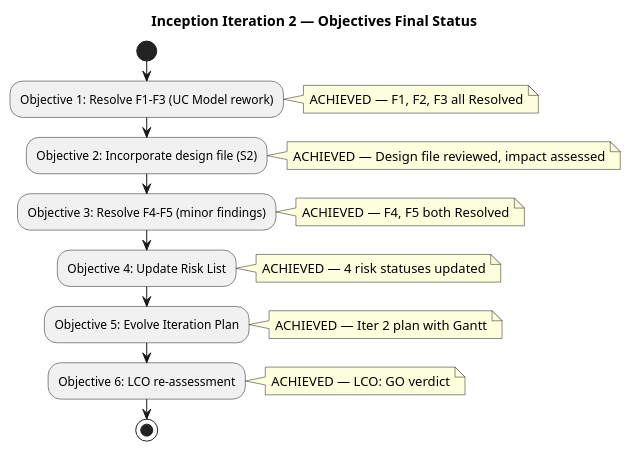
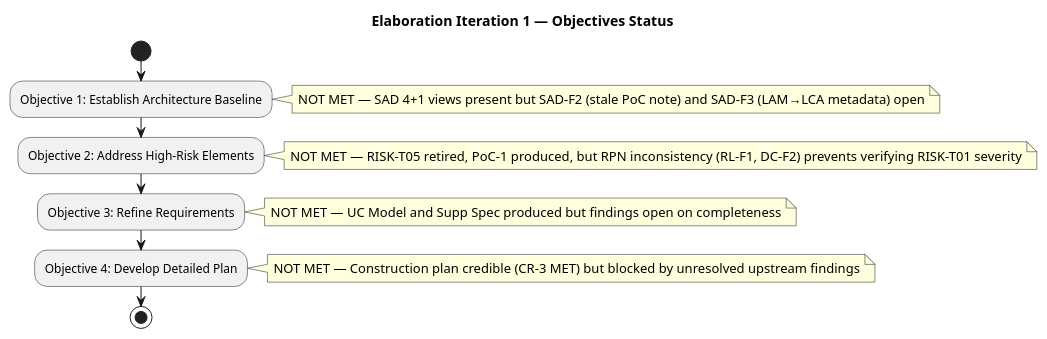
Before and after one commit to banense-test/demo-janke-lab: the first of 5 diagrams in docs/artifacts/project-management/iteration-assessment.md, drawn with PlantUML. The commit also changed other lines of this file, not shown here.

First line of the commit message:
Project Manager [E1]: upsert Iteration Assessment

````diff
--- a/docs/artifacts/project-management/iteration-assessment.md
+++ b/docs/artifacts/project-management/iteration-assessment.md
@@ -21,20 +21,17 @@
 ```plantuml
 @startuml
-title Inception Iteration 2 — Objectives Final Status
+title Elaboration Iteration 1 — Objectives Status
 
 start
-:Objective 1: Resolve F1-F3 (UC Model rework);
-note right: ACHIEVED — F1, F2, F3 all Resolved
-:Objective 2: Incorporate design file (S2);
-note right: ACHIEVED — Design file reviewed, impact assessed
-:Objective 3: Resolve F4-F5 (minor findings);
-note right: ACHIEVED — F4, F5 both Resolved
-:Objective 4: Update Risk List;
-note right: ACHIEVED — 4 risk statuses updated
-:Objective 5: Evolve Iteration Plan;
-note right: ACHIEVED — Iter 2 plan with Gantt
-:Objective 6: LCO re-assessment;
-note right: ACHIEVED — LCO: GO verdict
+:Objective 1: Establish Architecture Baseline;
+note right: NOT MET — SAD 4+1 views present but SAD-F2 (stale PoC note) and SAD-F3 (LAM→LCA metadata) open
+:Objective 2: Address High-Risk Elements;
+note right: NOT MET — RISK-T05 retired, PoC-1 produced, but RPN inconsistency (RL-F1, DC-F2) prevents verifying RISK-T01 severity
+:Objective 3: Refine Requirements;
+note right: NOT MET — UC Model and Supp Spec produced but findings open on completeness
+:Objective 4: Develop Detailed Plan;
+note right: NOT MET — Construction plan credible (CR-3 MET) but blocked by unresolved upstream findings
+
 stop
 @enduml
 ```
````
